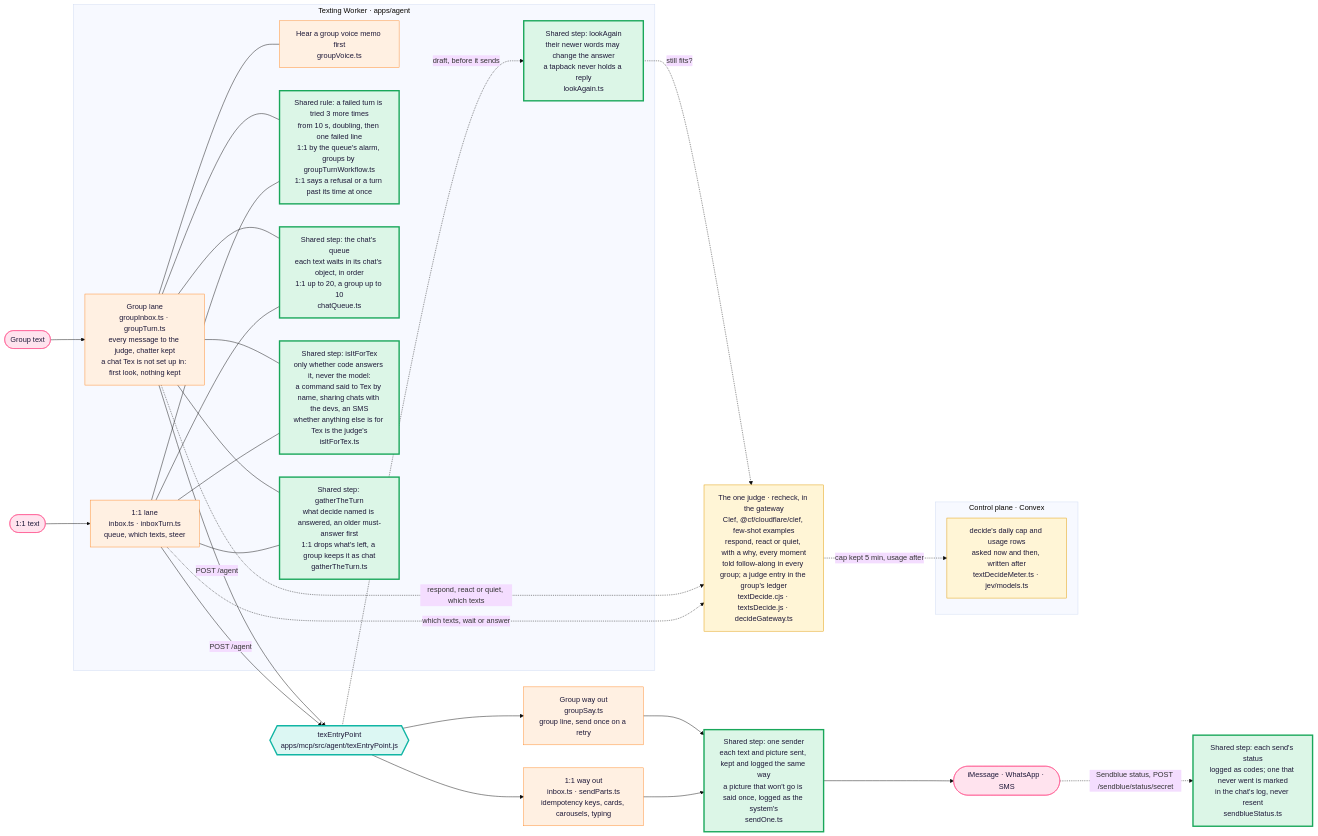
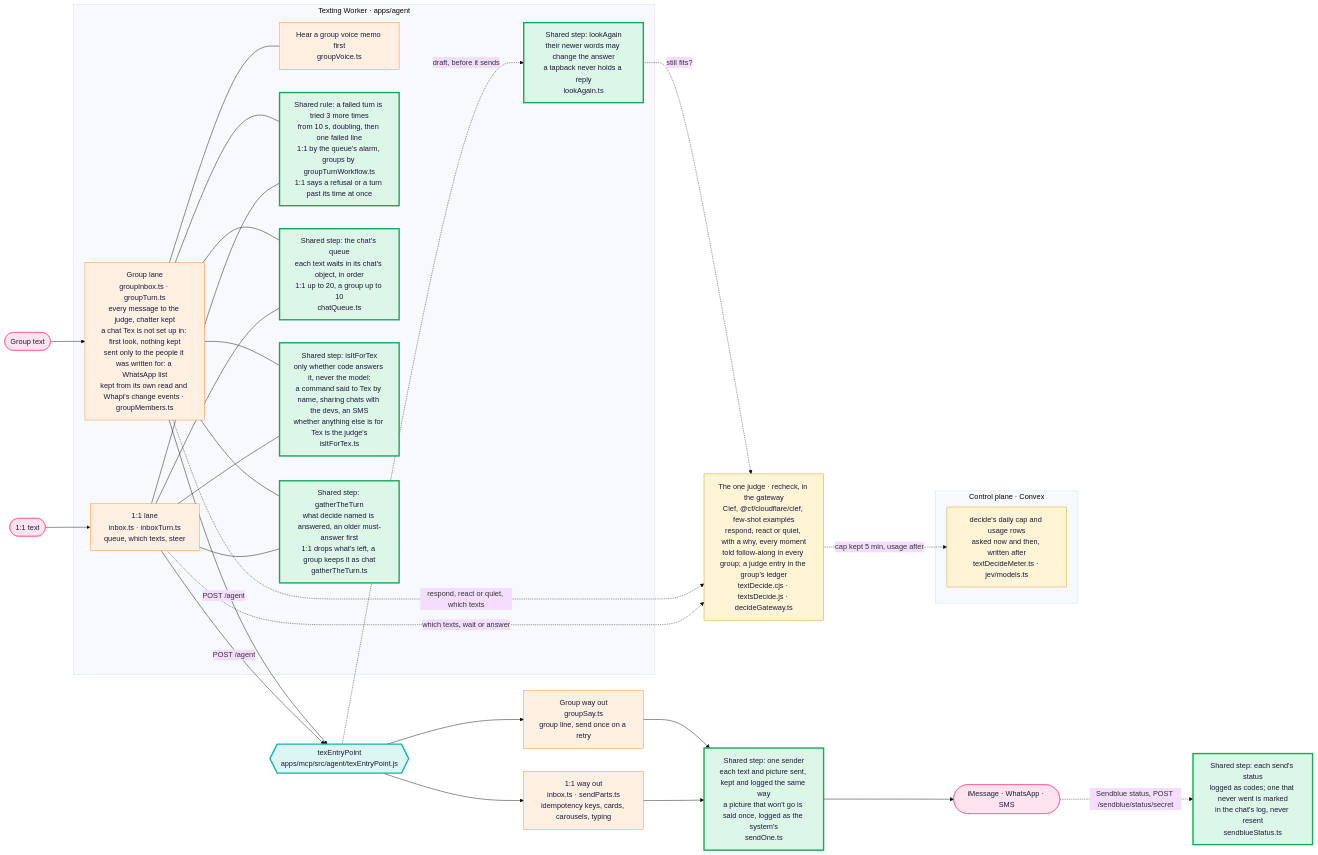
Before and after one commit to Supa-Media/context: the first of 3 diagrams in docs/architecture/tex.md, drawn with Mermaid (base theme). The commit also changed other lines of this file and 14 other files, not shown here.

````diff
--- a/docs/architecture/tex.md
+++ b/docs/architecture/tex.md
@@ -22,47 +22,47 @@
 ```mermaid
 flowchart LR
   P1([1:1 text]):::you --> W1
   P2([Group text]):::you --> W2
   subgraph Worker["Texting Worker · apps/agent"]
     W1["1:1 lane<br/>inbox.ts · inboxTurn.ts<br/>queue, which texts, steer"]:::pipe
-    W2["Group lane<br/>groupInbox.ts · groupTurn.ts<br/>every message to the judge, chatter kept<br/>a chat Tex is not set up in: first look, nothing kept"]:::pipe
+    W2["Group lane<br/>groupInbox.ts · groupTurn.ts<br/>every message to the judge, chatter kept<br/>a chat Tex is not set up in: first look, nothing kept<br/>sent only to the people it was written for: a WhatsApp list<br/>kept from its own read and Whapi's change events · groupMembers.ts"]:::pipe
     H["Hear a group voice memo first<br/>groupVoice.ts"]:::pipe
     W2 --- H
     LA["Shared step: lookAgain<br/>their newer words may change the answer<br/>a tapback never holds a reply<br/>lookAgain.ts"]:::shared
     RT["Shared rule: a failed turn is tried 3 more times<br/>from 10 s, doubling, then one failed line<br/>1:1 by the queue's alarm, groups by groupTurnWorkflow.ts<br/>1:1 says a refusal or a turn past its time at once"]:::shared
     W1 --- RT
     W2 --- RT
     Q["Shared step: the chat's queue<br/>each text waits in its chat's object, in order<br/>1:1 up to 20, a group up to 10<br/>chatQueue.ts"]:::shared
     W1 --- Q
     W2 --- Q
     FT["Shared step: isItForTex<br/>only whether code answers it, never the model:<br/>a command said to Tex by name, sharing chats with the devs, an SMS<br/>whether anything else is for Tex is the judge's<br/>isItForTex.ts"]:::shared
     W1 --- FT
     W2 --- FT
     GT["Shared step: gatherTheTurn<br/>what decide named is answered, an older must-answer first<br/>1:1 drops what's left, a group keeps it as chat<br/>gatherTheTurn.ts"]:::shared
     W1 --- GT
     W2 --- GT
   end
   D["The one judge · recheck, in the gateway<br/>Clef, @cf/cloudflare/clef, few-shot examples<br/>respond, react or quiet, with a why, every moment<br/>told follow-along in every group; a judge entry in the group's ledger<br/>textDecide.cjs · textsDecide.js · decideGateway.ts"]:::judge
   subgraph Control["Control plane · Convex"]
     CAP["decide's daily cap and usage rows<br/>asked now and then, written after<br/>textDecideMeter.ts · jev/models.ts"]:::judge
   end
   D -. cap kept 5 min, usage after .-> CAP
   W1 -. which texts, wait or answer .-> D
   W2 -. respond, react or quiet, which texts .-> D
   E -. draft, before it sends .-> LA
   LA -. still fits? .-> D
   W1 -->|POST /agent| E
   W2 -->|POST /agent| E
   E{{"texEntryPoint<br/>apps/mcp/src/agent/texEntryPoint.js"}}:::door
   E --> S1["1:1 way out<br/>inbox.ts · sendParts.ts<br/>idempotency keys, cards, carousels, typing"]:::pipe
   E --> S2["Group way out<br/>groupSay.ts<br/>group line, send once on a retry"]:::pipe
   S1 --> SO["Shared step: one sender<br/>each text and picture sent, kept and logged the same way<br/>a picture that won't go is said once, logged as the system's<br/>sendOne.ts"]:::shared
   S2 --> SO
   SO --> Out([iMessage · WhatsApp · SMS]):::you
   Out -. "Sendblue status, POST /sendblue/status/secret" .-> ST["Shared step: each send's status<br/>logged as codes; one that never went is marked<br/>in the chat's log, never resent<br/>sendblueStatus.ts"]:::shared
   classDef you fill:#ffe3ee,stroke:#ff4f8b,color:#1d1838
   classDef pipe fill:#fff0e2,stroke:#ff8a2a,color:#1d1838
   classDef door fill:#dcf7f3,stroke:#11b5a4,stroke-width:3px,color:#1d1838
   classDef judge fill:#fff5d6,stroke:#e09a00,color:#1d1838
   classDef shared fill:#dcf6e7,stroke:#19a75a,stroke-width:3px,color:#1d1838
 ```
````
